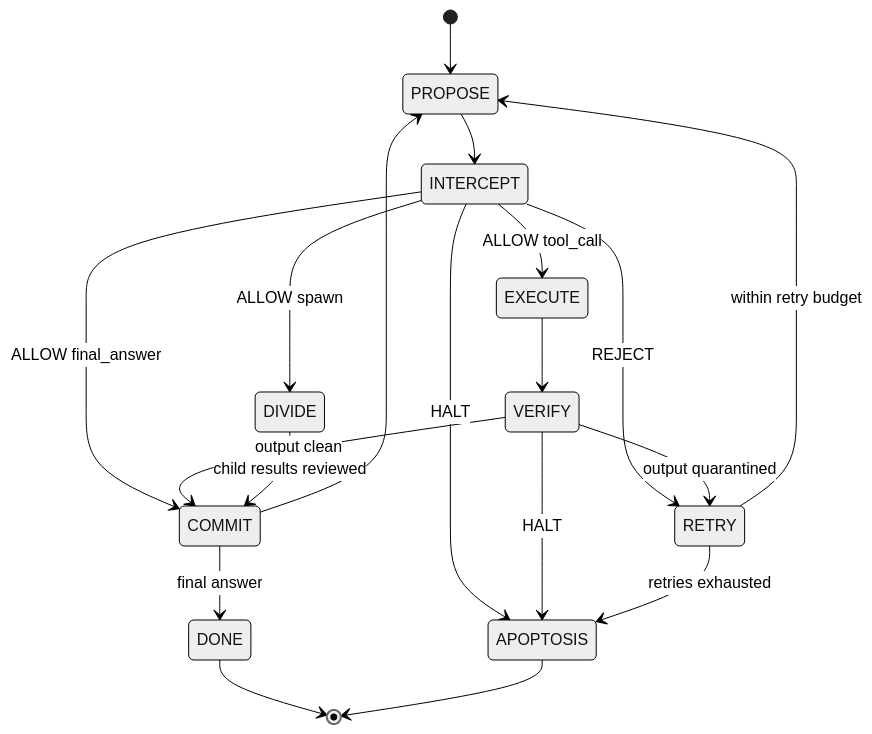
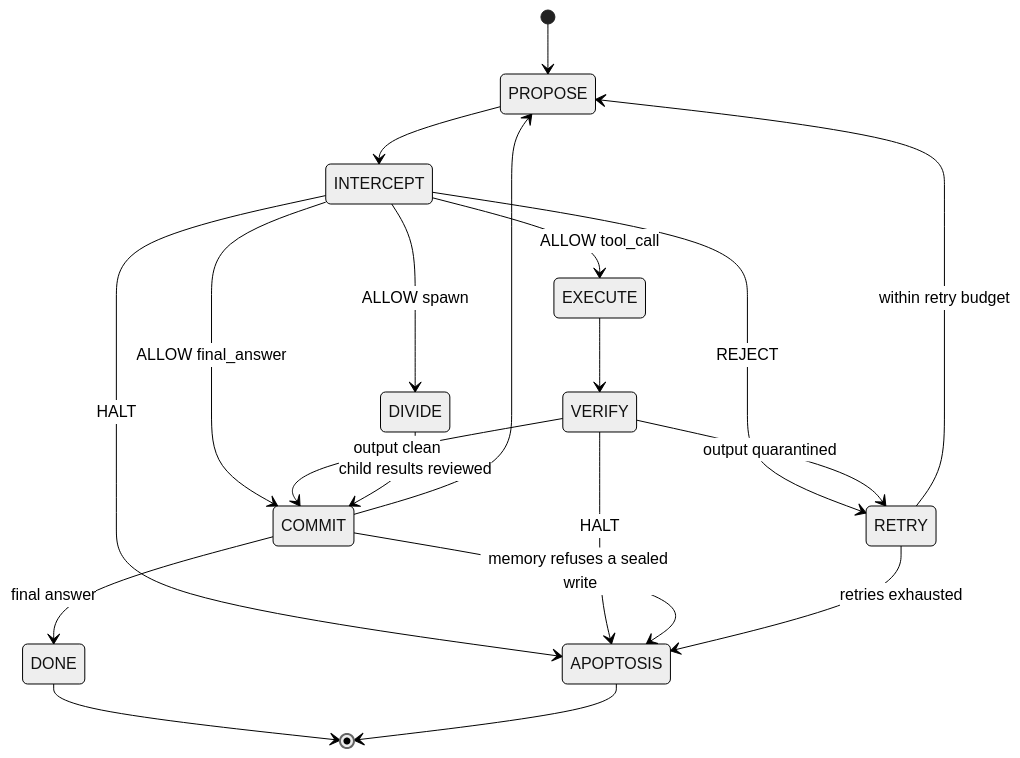
Before and after one commit to ullnevrknow/mitosis-agent-framework: the second of 2 diagrams in README.md, drawn with Mermaid (neutral theme). The commit also changed other lines of this file and 9 other files, not shown here.

````diff
--- a/README.md
+++ b/README.md
@@ -79,21 +88,22 @@
 ```mermaid
 stateDiagram-v2
     [*] --> PROPOSE
     PROPOSE --> INTERCEPT
     INTERCEPT --> EXECUTE: ALLOW tool_call
     INTERCEPT --> DIVIDE: ALLOW spawn
     INTERCEPT --> COMMIT: ALLOW final_answer
     INTERCEPT --> RETRY: REJECT
     INTERCEPT --> APOPTOSIS: HALT
     EXECUTE --> VERIFY
     VERIFY --> COMMIT: output clean
     VERIFY --> RETRY: output quarantined
     VERIFY --> APOPTOSIS: HALT
     DIVIDE --> COMMIT: child results reviewed
     COMMIT --> PROPOSE
     COMMIT --> DONE: final answer
+    COMMIT --> APOPTOSIS: memory refuses a sealed write
     RETRY --> PROPOSE: within retry budget
     RETRY --> APOPTOSIS: retries exhausted
     DONE --> [*]
     APOPTOSIS --> [*]
 ```
````
